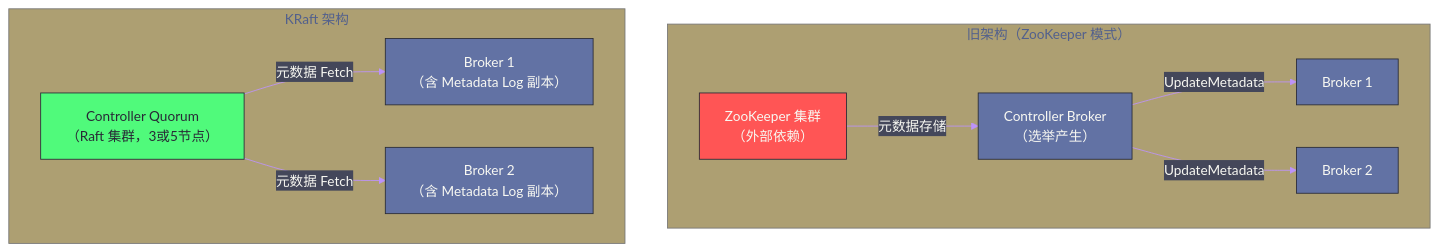
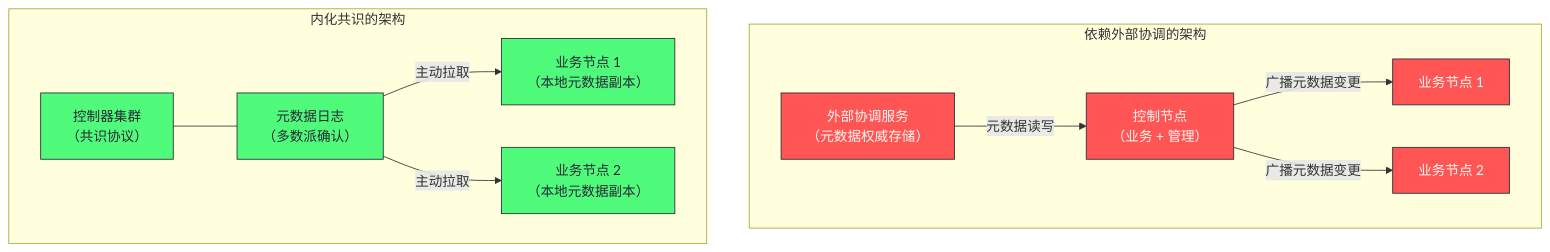
One commit to hpliStartAgain/my-brain changed the diagram in content/中间件/Kafka/06 Controller 与集群管理——从 ZooKeeper 到 KRaft.md. Above: the diagram before and after it, drawn with Mermaid. The commit also changed other lines of this file and 56 other files, not shown here.

````diff
--- a/content/中间件/Kafka/06 Controller 与集群管理——从 ZooKeeper 到 KRaft.md
+++ b/content/中间件/Kafka/06 Controller 与集群管理——从 ZooKeeper 到 KRaft.md
@@ -100,25 +212,28 @@
 ```mermaid
-%%{init: {'theme': 'base', 'themeVariables': {'primaryColor': '#6272a4', 'primaryTextColor': '#f8f8f2', 'primaryBorderColor': '#44475a', 'lineColor': '#bd93f9', 'secondaryColor': '#44475a', 'background': '#282a36'}}}%%
+%%{init: {'theme': 'dracula'}}%%
 graph TD
+    subgraph OLD["依赖外部协调的架构"]
+        ZK["外部协调服务<br/>（元数据权威存储）"]
+        OC["控制节点<br/>（业务 + 管理）"]
+        OB1["业务节点 1"]
+        OB2["业务节点 2"]
+        ZK -- "元数据读写" --> OC
+        OC -- "广播元数据变更" --> OB1
+        OC -- "广播元数据变更" --> OB2
+    end
+    subgraph NEW["内化共识的架构"]
+        CQ["控制器集群<br/>（共识协议）"]
+        ML["元数据日志<br/>（多数派确认）"]
+        NB1["业务节点 1<br/>（本地元数据副本）"]
+        NB2["业务节点 2<br/>（本地元数据副本）"]
+        CQ --- ML
+        ML -- "主动拉取" --> NB1
+        ML -- "主动拉取" --> NB2
+    end
+
     classDef old fill:#ff5555,stroke:#282a36,color:#f8f8f2
     classDef new fill:#50fa7b,stroke:#282a36,color:#282a36
-    classDef broker fill:#6272a4,stroke:#282a36,color:#f8f8f2
-
-    subgraph "旧架构（ZooKeeper 模式）"
-        ZK["ZooKeeper 集群</br>（外部依赖）"]:::old
-        CB["Controller Broker</br>（选举产生）"]:::broker
-        B1["Broker 1"]:::broker
-        B2["Broker 2"]:::broker
-        ZK -->|"元数据存储"| CB
-        CB -->|"UpdateMetadata"| B1
-        CB -->|"UpdateMetadata"| B2
-    end
-
-    subgraph "KRaft 架构"
-        CQ["Controller Quorum</br>（Raft 集群，3或5节点）"]:::new
-        KB1["Broker 1</br>（含 Metadata Log 副本）"]:::broker
-        KB2["Broker 2</br>（含 Metadata Log 副本）"]:::broker
-        CQ -->|"元数据 Fetch"| KB1
-        CQ -->|"元数据 Fetch"| KB2
-    end
+    classDef node fill:#6272a4,stroke:#bd93f9,color:#f8f8f2
+    class ZK,OC,OB1,OB2 old
+    class CQ,ML,NB1,NB2 new
 ```
````
